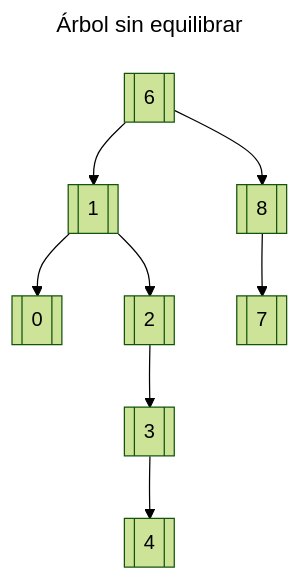
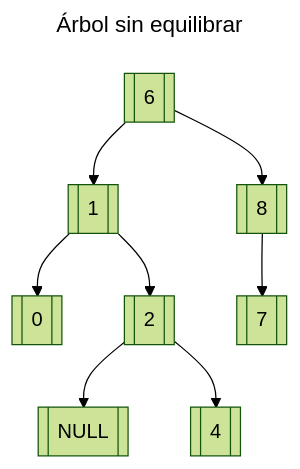
One commit to TeenBiscuits/Pro2324 changed the second of 5 diagrams in docs/topics/03-Apuntes/Pro-2/Tema-7-y-8-Arboles-Binarios-de-Busqueda.md. Above: the diagram before and after it, drawn with Mermaid (forest theme). The commit also changed other lines of this file and 6 other files, not shown here.

````diff
--- a/docs/topics/03-Apuntes/Pro-2/Tema-7-y-8-Arboles-Binarios-de-Busqueda.md
+++ b/docs/topics/03-Apuntes/Pro-2/Tema-7-y-8-Arboles-Binarios-de-Busqueda.md
@@ -47,10 +46,10 @@
   ```mermaid
   ---
   title: Árbol sin equilibrar
   ---
   flowchart TB
     k[[6]] --> 1[[1]] & 8[[8]]
     1 --> 0[[0]] & 2[[2]]
-    2 --> 3[[3]] --> 4[[4]]
+    2 --> NULL[[NULL]] & 4[[4]]
     8 --> 7[[7]]
   ```
````
